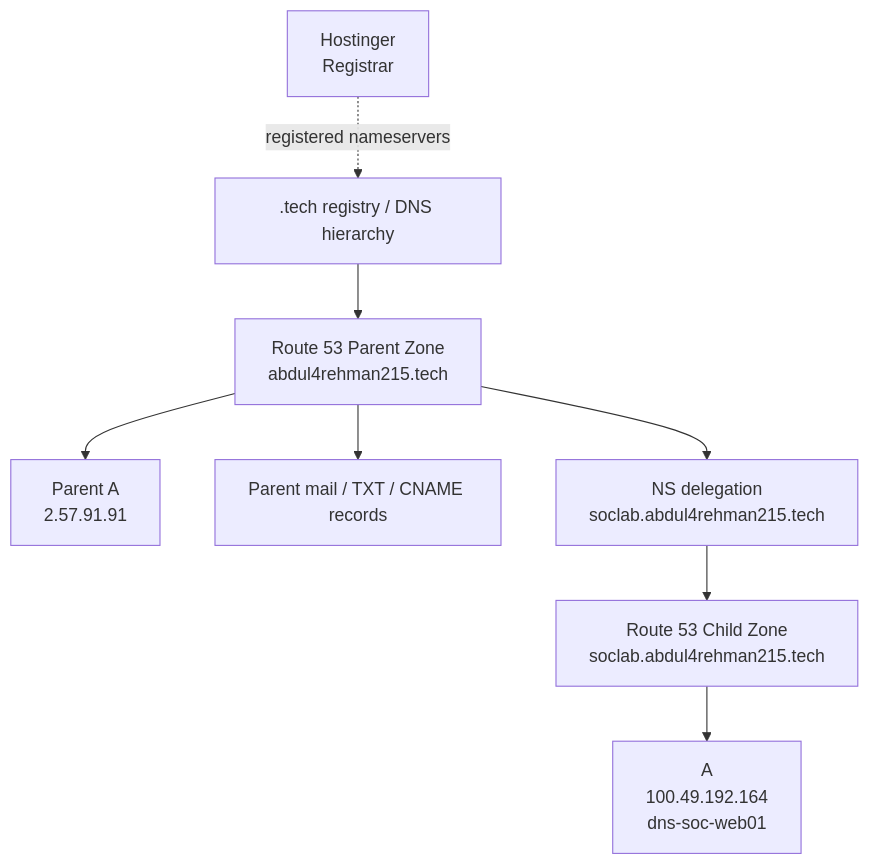
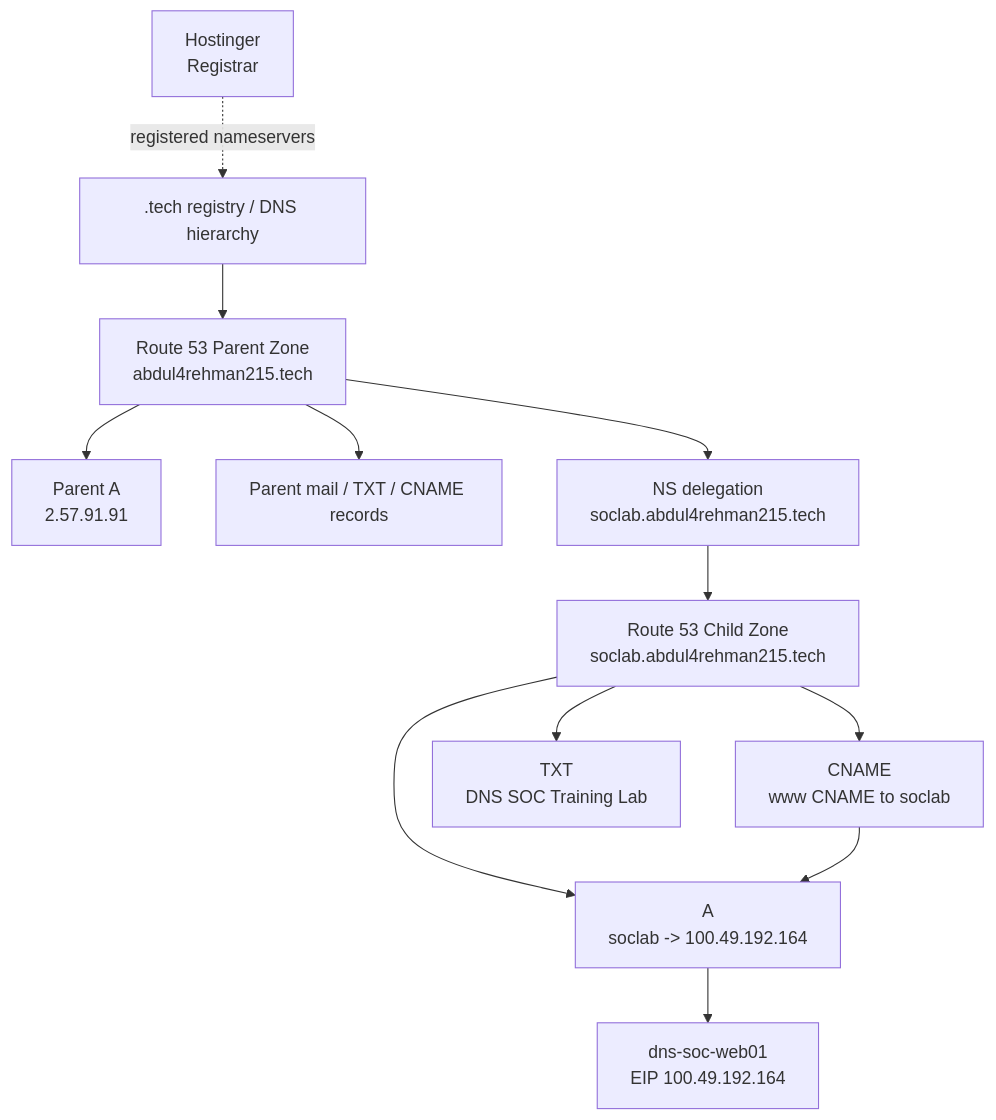
One commit to DNS-SOC-Lab/DNS-Lab-Infrastructure changed the diagram in 01-network-architecture/diagrams/dns-authority-delegation.mmd. Above: the diagram before and after it, drawn with Mermaid. The commit also changed 3 other files, not shown here.

Commit message:
docs(diagrams): draw the final DNS paths

```diff
--- a/01-network-architecture/diagrams/dns-authority-delegation.mmd
+++ b/01-network-architecture/diagrams/dns-authority-delegation.mmd
@@ -1,17 +1,24 @@
 flowchart TB
     Registrar[Hostinger<br/>Registrar]
     TLD[.tech registry / DNS hierarchy]
     Parent[Route 53 Parent Zone<br/>abdul4rehman215.tech]
     ParentSite[Parent A<br/>2.57.91.91]
     ParentMail[Parent mail / TXT / CNAME records]
     ChildNS[NS delegation<br/>soclab.abdul4rehman215.tech]
     Child[Route 53 Child Zone<br/>soclab.abdul4rehman215.tech]
-    Web[A<br/>100.49.192.164<br/>dns-soc-web01]
+    Apex[A<br/>soclab -> 100.49.192.164]
+    WWW[CNAME<br/>www CNAME to soclab]
+    TXT[TXT<br/>DNS SOC Training Lab]
+    Web[dns-soc-web01<br/>EIP 100.49.192.164]
 
     Registrar -. registered nameservers .-> TLD
     TLD --> Parent
     Parent --> ParentSite
     Parent --> ParentMail
     Parent --> ChildNS
     ChildNS --> Child
-    Child --> Web
+    Child --> Apex
+    Child --> WWW
+    Child --> TXT
+    Apex --> Web
+    WWW --> Apex
```
